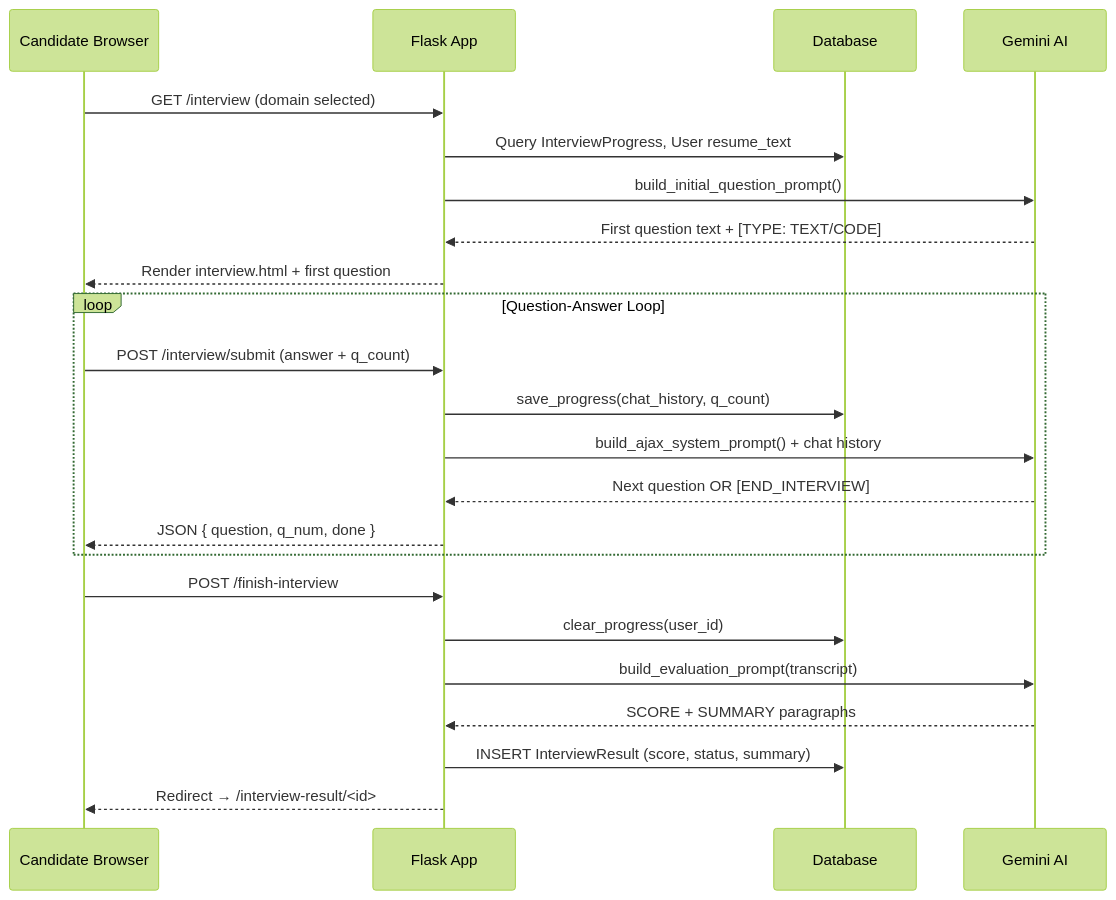
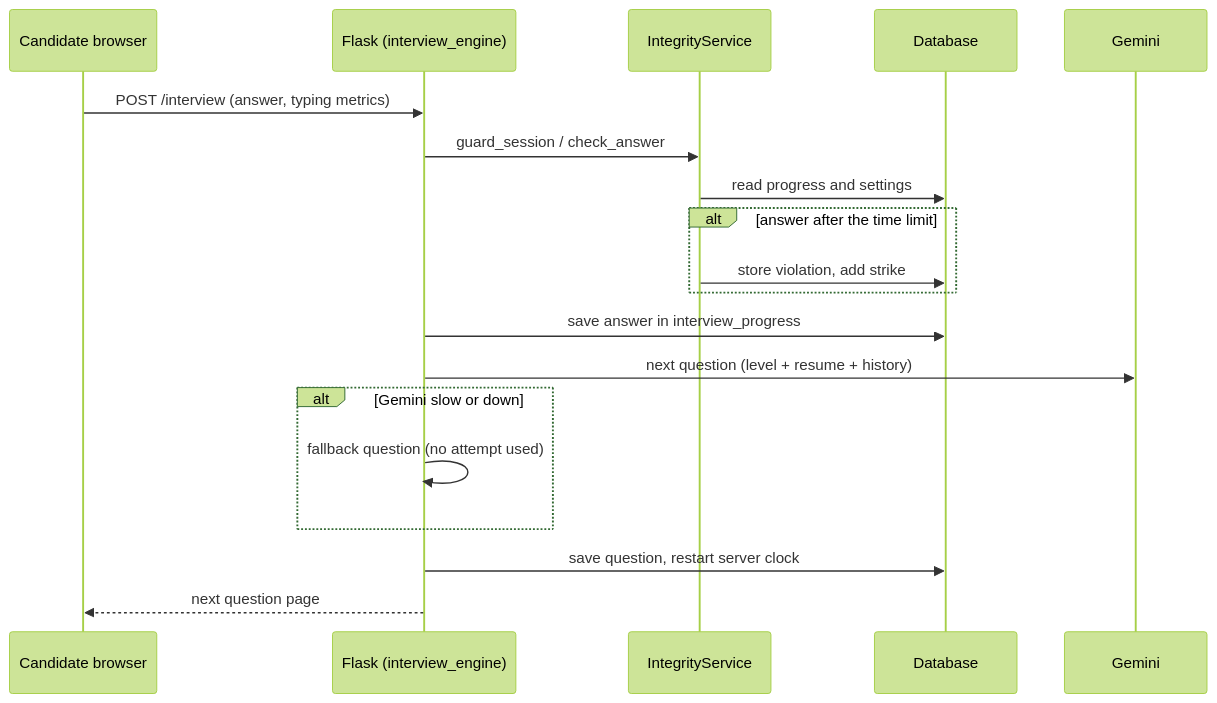
One commit to MR360-TECH/AI_INTERVIEW_PLATFORM changed the eighth of 9 diagrams in README.md. Above: the diagram before and after it, drawn with Mermaid (forest theme). The commit also changed other lines of this file and 5 other files, not shown here.

````diff
--- a/README.md
+++ b/README.md
@@ -444,28 +519,21 @@
 ```mermaid
 sequenceDiagram
-    participant C as Candidate Browser
-    participant F as Flask App
-    participant DB as Database
-    participant G as Gemini AI
-
-    C->>F: GET /interview (domain selected)
-    F->>DB: Query InterviewProgress, User resume_text
-    F->>G: build_initial_question_prompt()
-    G-->>F: First question text + [TYPE: TEXT/CODE]
-    F-->>C: Render interview.html + first question
-
-    loop Question-Answer Loop
-        C->>F: POST /interview/submit (answer + q_count)
-        F->>DB: save_progress(chat_history, q_count)
-        F->>G: build_ajax_system_prompt() + chat history
-        G-->>F: Next question OR [END_INTERVIEW]
-        F-->>C: JSON { question, q_num, done }
+    participant U as Candidate browser
+    participant S as Flask (interview_engine)
+    participant I as IntegrityService
+    participant D as Database
+    participant G as Gemini
+    U->>S: POST /interview (answer, typing metrics)
+    S->>I: guard_session / check_answer
+    I->>D: read progress and settings
+    alt answer after the time limit
+        I->>D: store violation, add strike
     end
-
-    C->>F: POST /finish-interview
-    F->>DB: clear_progress(user_id)
-    F->>G: build_evaluation_prompt(transcript)
-    G-->>F: SCORE + SUMMARY paragraphs
-    F->>DB: INSERT InterviewResult (score, status, summary)
-    F-->>C: Redirect → /interview-result/<id>
+    S->>D: save answer in interview_progress
+    S->>G: next question (level + resume + history)
+    alt Gemini slow or down
+        S->>S: fallback question (no attempt used)
+    end
+    S->>D: save question, restart server clock
+    S-->>U: next question page
 ```
````
